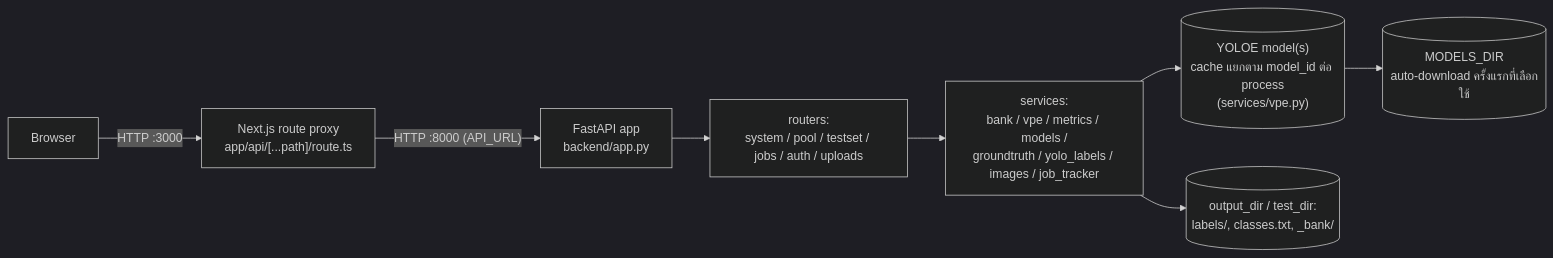
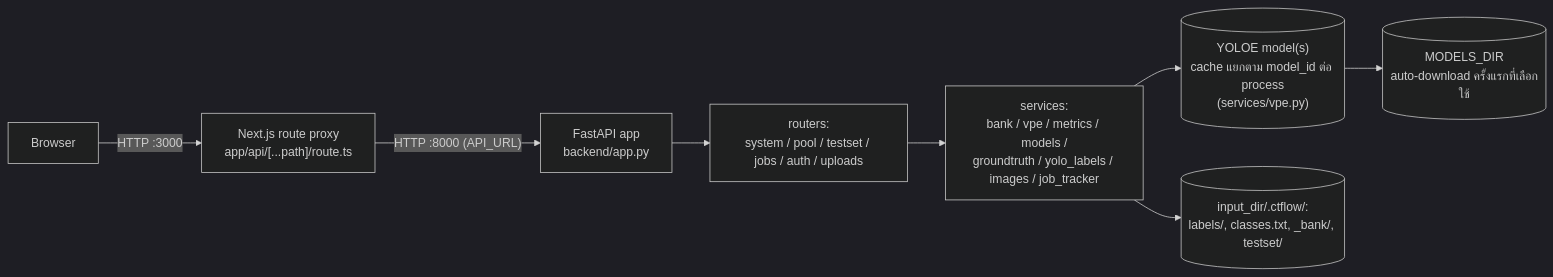
Before and after one commit to P-PrPas/CT-Flow: the diagram in docs/ARCHITECTURE.md, drawn with Mermaid (dark theme). The commit also changed other lines of this file and 29 other files, not shown here.

````diff
--- a/docs/ARCHITECTURE.md
+++ b/docs/ARCHITECTURE.md
@@ -19,10 +19,10 @@
 ```mermaid
 flowchart LR
     Browser -->|"HTTP :3000"| Proxy["Next.js route proxy<br/>app/api/[...path]/route.ts"]
     Proxy -->|"HTTP :8000 (API_URL)"| API["FastAPI app<br/>backend/app.py"]
     API --> Routers["routers:<br/>system / pool / testset / jobs / auth / uploads"]
     Routers --> Services["services:<br/>bank / vpe / metrics / models /<br/>groundtruth / yolo_labels / images / job_tracker"]
     Services --> Model[("YOLOE model(s)<br/>cache แยกตาม model_id ต่อ process<br/>(services/vpe.py)")]
     Model --> Weights[("MODELS_DIR<br/>auto-download ครั้งแรกที่เลือกใช้")]
-    Services --> Disk[("output_dir / test_dir:<br/>labels/, classes.txt, _bank/")]
+    Services --> Disk[("input_dir/.ctflow/:<br/>labels/, classes.txt, _bank/, testset/")]
 ```
````
